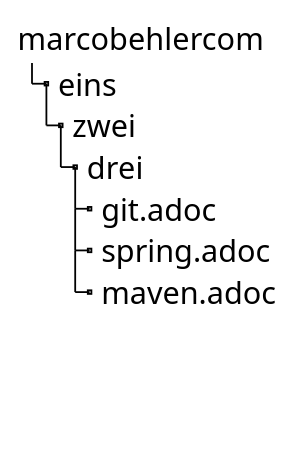
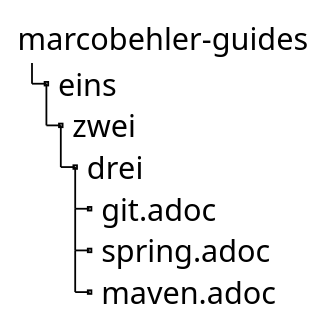
Before and after one commit to marcobehler/marcobehler-guides: the first of 3 diagrams in git-splitting-repositories-removing-sensitive-data.adoc, drawn with PlantUML. The commit also changed other lines of this file, not shown here.

```diff
--- a/git-splitting-repositories-removing-sensitive-data.adoc
+++ b/git-splitting-repositories-removing-sensitive-data.adoc
@@ -34,35 +34,18 @@
-[plantuml, format=svg, opts="inline"]
+[plantuml, repo-v2, format=svg, opts="inline"]
 ----
 skinparam Legend {
 	BackgroundColor transparent
 	BorderThickness 0
 	FontSize 17
 }
 
-' We use skinparams to hide our dummy participant
-' and make it as little space as possible
-skinparam SequenceLifeLineBorderThickness 0
-skinparam SequenceLifeLineBorderColor transparent
-skinparam SequenceParticipant {
-	BackgroundColor transparent
-	BorderColor transparent
-	Shadowing false
-	FontSize 0
-	BorderThickness 0
-	Padding 0
-}
-hide footbox
-
-' "participant" nudges PlantUML to a sequence diagram
-participant dummy
-
 legend top left
-marcobehlercom
+marcobehler-guides
 |_ eins
   |_ zwei
     |_ drei
       |_ git.adoc
       |_ spring.adoc
       |_ maven.adoc
 end legend
 ----
```
